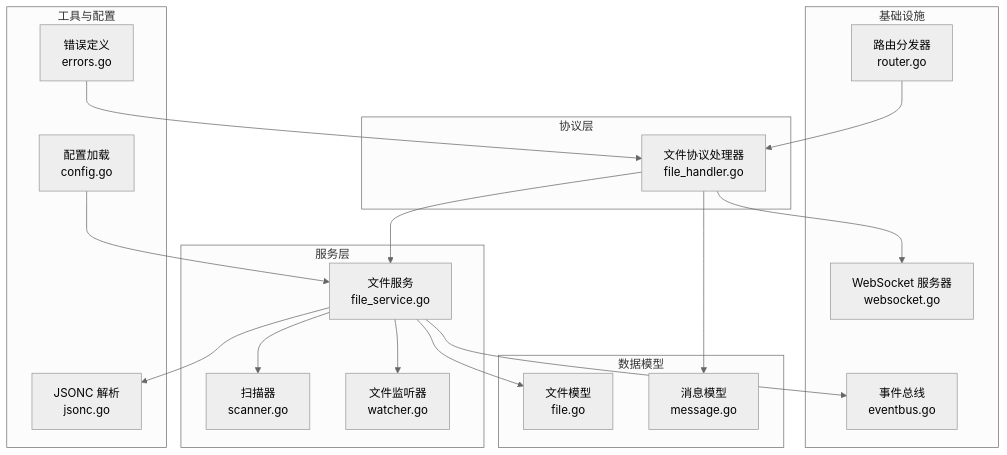
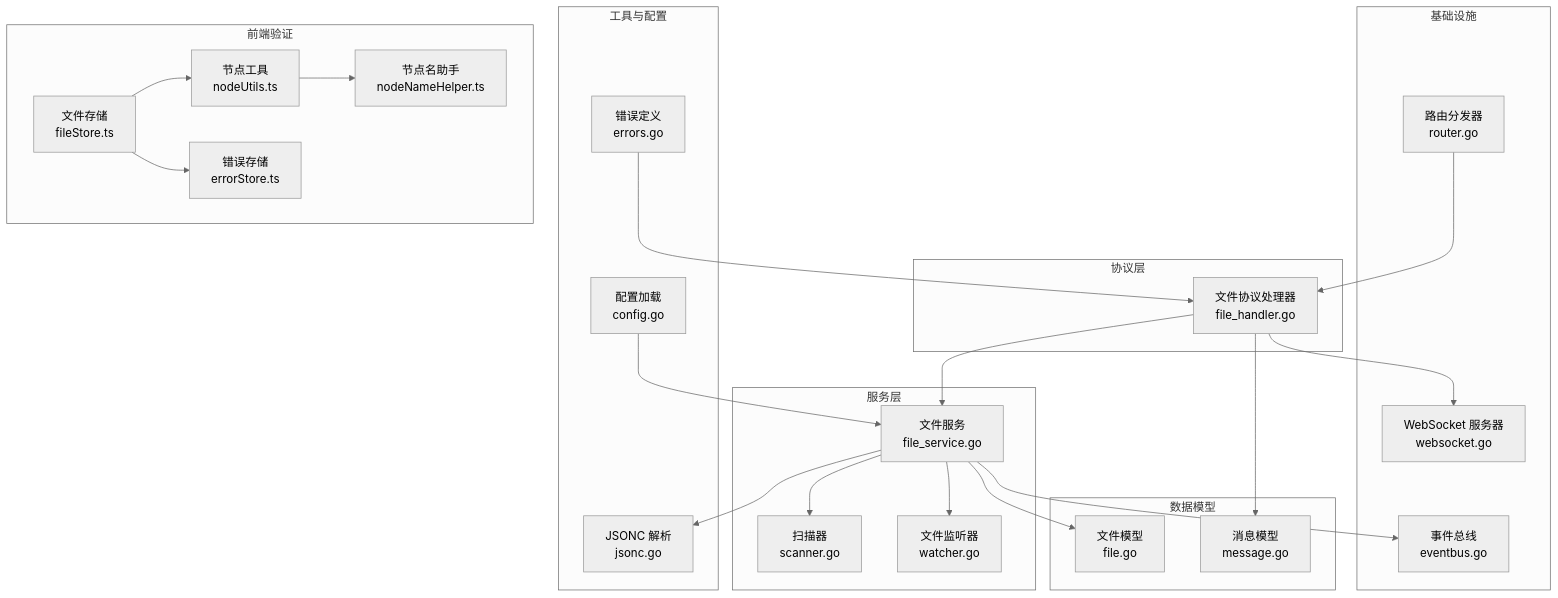
The first of 8 diagrams in .qoder/repowiki/zh/content/本地服务集成/文件管理系统.md (kqcoxn/MaaPipelineEditor), drawn with Mermaid (neutral theme) before and after one commit. The commit also changed other lines of this file and 16 other files, not shown here.

````diff
--- a/.qoder/repowiki/zh/content/本地服务集成/文件管理系统.md
+++ b/.qoder/repowiki/zh/content/本地服务集成/文件管理系统.md
@@ -50,36 +62,45 @@
 ```mermaid
 graph TB
 subgraph "协议层"
 FH["文件协议处理器<br/>file_handler.go"]
 end
 subgraph "服务层"
 FS["文件服务<br/>file_service.go"]
 SC["扫描器<br/>scanner.go"]
 WK["文件监听器<br/>watcher.go"]
 end
 subgraph "基础设施"
 EB["事件总线<br/>eventbus.go"]
 WS["WebSocket 服务器<br/>websocket.go"]
 RT["路由分发器<br/>router.go"]
 end
 subgraph "数据模型"
 FM["文件模型<br/>file.go"]
 MM["消息模型<br/>message.go"]
 end
 subgraph "工具与配置"
 JC["JSONC 解析<br/>jsonc.go"]
 CFG["配置加载<br/>config.go"]
 ERR["错误定义<br/>errors.go"]
 end
+subgraph "前端验证"
+FV["文件存储<br/>fileStore.ts"]
+NU["节点工具<br/>nodeUtils.ts"]
+ES["错误存储<br/>errorStore.ts"]
+NH["节点名助手<br/>nodeNameHelper.ts"]
+end
 FH --> FS
 FS --> SC
 FS --> WK
 FS --> EB
 FH --> WS
 RT --> FH
 FS --> JC
 FS --> FM
 FH --> MM
 CFG --> FS
 ERR --> FH
+FV --> NU
+FV --> ES
+NU --> NH
 ```
````
